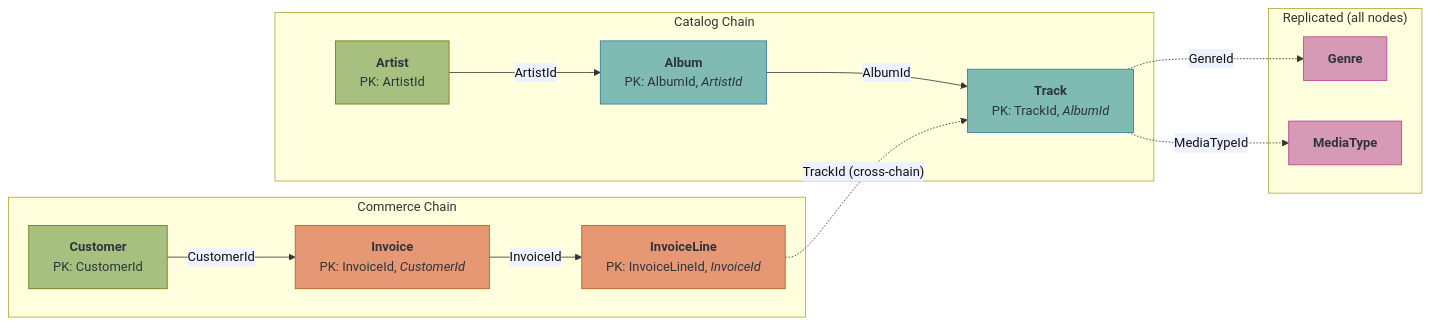
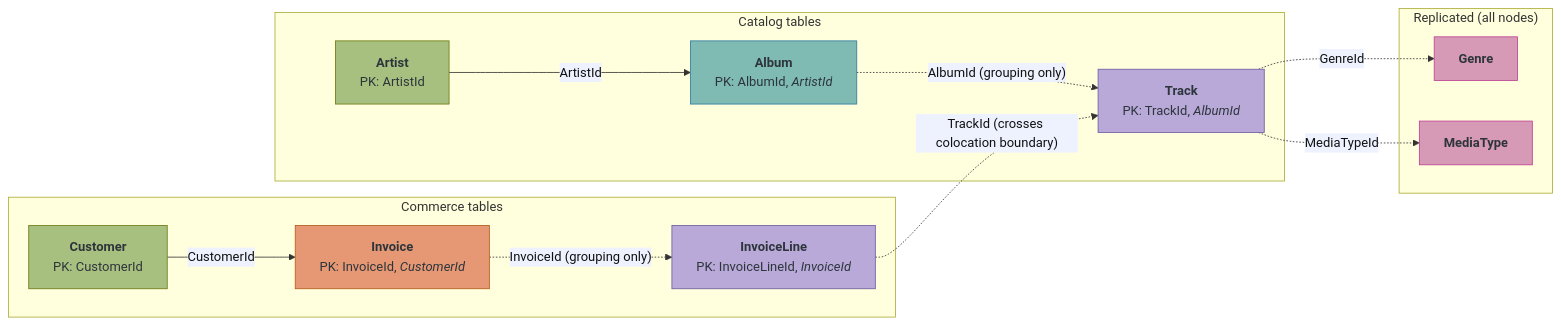
Before and after one commit to mariadb-corporation/mariadb-docs: the third of 4 diagrams in gridgain9/gridgain9-tutorials/schema-design-for-distributed-sql/schema-java-annotations.md, drawn with Mermaid. The commit also changed other lines of this file and 30 other files, not shown here.

````diff
--- a/gridgain9/gridgain9-tutorials/schema-design-for-distributed-sql/schema-java-annotations.md
+++ b/gridgain9/gridgain9-tutorials/schema-design-for-distributed-sql/schema-java-annotations.md
@@ -1085,38 +1101,38 @@
 ```mermaid
 %%{init: {"themeVariables": {"edgeLabelBackground": "#eef2ff"}}}%%
 graph LR
-    subgraph catalog ["Catalog Chain"]
+    subgraph catalog ["Catalog tables"]
         Artist["<b>Artist</b><br/>PK: ArtistId"]
         Album["<b>Album</b><br/>PK: AlbumId, <i>ArtistId</i>"]
         Track["<b>Track</b><br/>PK: TrackId, <i>AlbumId</i>"]
         Artist -- "ArtistId" --> Album
-        Album -- "AlbumId" --> Track
+        Album -. "AlbumId (grouping only)" .-> Track
     end
 
-    subgraph commerce ["Commerce Chain"]
+    subgraph commerce ["Commerce tables"]
         Customer["<b>Customer</b><br/>PK: CustomerId"]
         Invoice["<b>Invoice</b><br/>PK: InvoiceId, <i>CustomerId</i>"]
         InvoiceLine["<b>InvoiceLine</b><br/>PK: InvoiceLineId, <i>InvoiceId</i>"]
         Customer -- "CustomerId" --> Invoice
-        Invoice -- "InvoiceId" --> InvoiceLine
+        Invoice -. "InvoiceId (grouping only)" .-> InvoiceLine
     end
 
     subgraph reference ["Replicated (all nodes)"]
         Genre["<b>Genre</b>"]
         MediaType["<b>MediaType</b>"]
     end
 
-    InvoiceLine -. "TrackId (cross-chain)" .-> Track
+    InvoiceLine -. "TrackId (crosses colocation boundary)" .-> Track
     Track -. "GenreId" .-> Genre
     Track -. "MediaTypeId" .-> MediaType
 
     style Artist fill:#A7C080,stroke:#6a780d,color:#2D353B
     style Customer fill:#A7C080,stroke:#6a780d,color:#2D353B
     style Album fill:#7FBBB3,stroke:#2e78a0,color:#2D353B
-    style Track fill:#7FBBB3,stroke:#2e78a0,color:#2D353B
+    style Track fill:#B8A9D9,stroke:#6c5aa0,color:#2D353B
     style Invoice fill:#E69875,stroke:#b15919,color:#2D353B
-    style InvoiceLine fill:#E69875,stroke:#b15919,color:#2D353B
+    style InvoiceLine fill:#B8A9D9,stroke:#6c5aa0,color:#2D353B
     style Genre fill:#D699B6,stroke:#bd3f95,color:#2D353B
     style MediaType fill:#D699B6,stroke:#bd3f95,color:#2D353B
     linkStyle default color:#111111
 ```
````
